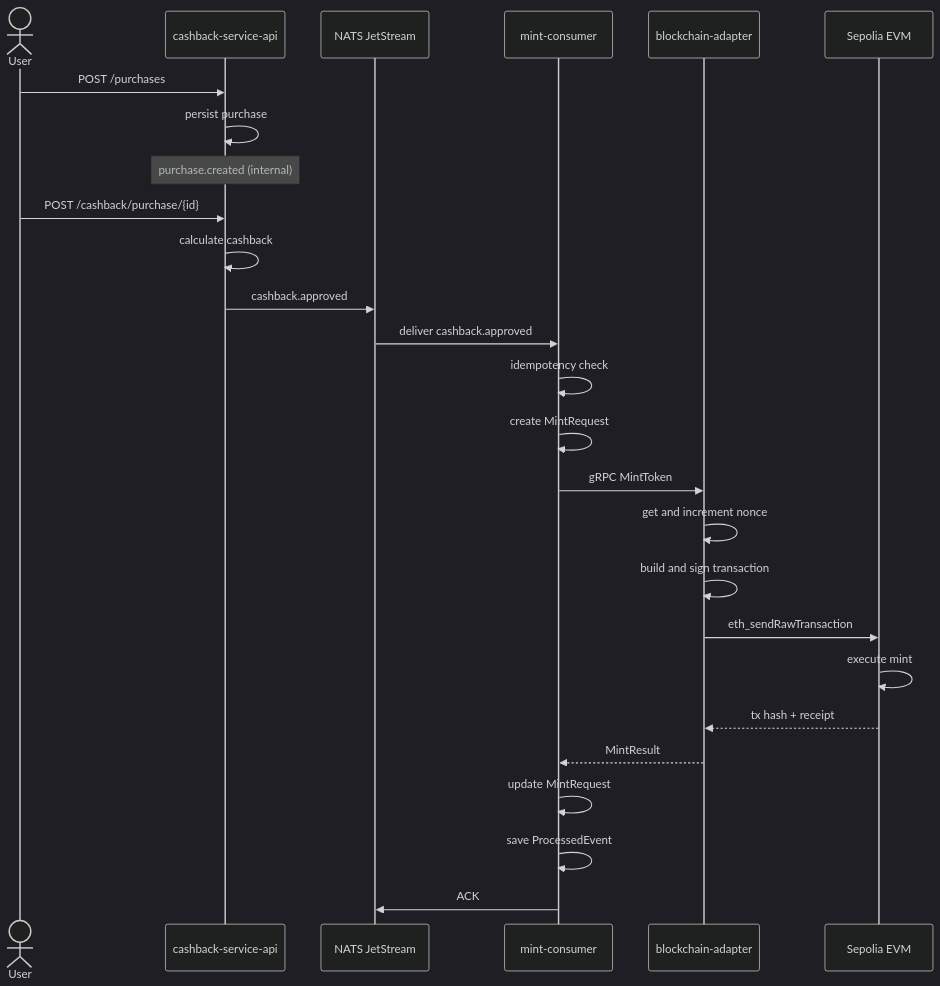
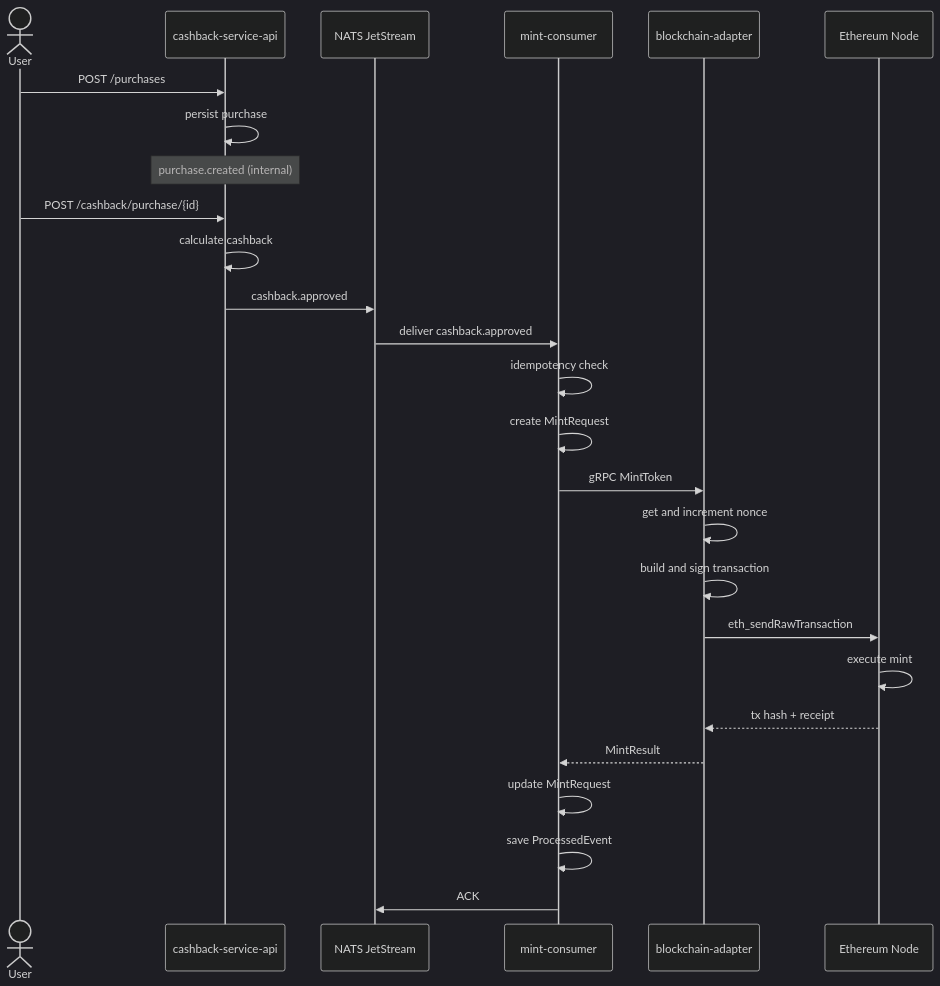
One commit to fascari/cashback-platform changed the first of 2 diagrams in docs/diagrams/03-domain-events-flow.md. Above: the diagram before and after it, drawn with Mermaid (dark theme). The commit also changed other lines of this file and 22 other files, not shown here.

````diff
--- a/docs/diagrams/03-domain-events-flow.md
+++ b/docs/diagrams/03-domain-events-flow.md
@@ -3,33 +5,33 @@
 ```mermaid
 sequenceDiagram
     actor User
     participant API as cashback-service-api
     participant NATS as NATS JetStream
     participant MC as mint-consumer
     participant BA as blockchain-adapter
-    participant Chain as Sepolia EVM
+    participant Chain as Ethereum Node
 
     User->>API: POST /purchases
     API->>API: persist purchase
     Note over API: purchase.created (internal)
 
     User->>API: POST /cashback/purchase/{id}
     API->>API: calculate cashback
     API->>NATS: cashback.approved
 
     NATS->>MC: deliver cashback.approved
     MC->>MC: idempotency check
     MC->>MC: create MintRequest
     MC->>BA: gRPC MintToken
 
     BA->>BA: get and increment nonce
     BA->>BA: build and sign transaction
     BA->>Chain: eth_sendRawTransaction
     Chain->>Chain: execute mint
     Chain-->>BA: tx hash + receipt
 
     BA-->>MC: MintResult
     MC->>MC: update MintRequest
     MC->>MC: save ProcessedEvent
     MC->>NATS: ACK
 ```
````
